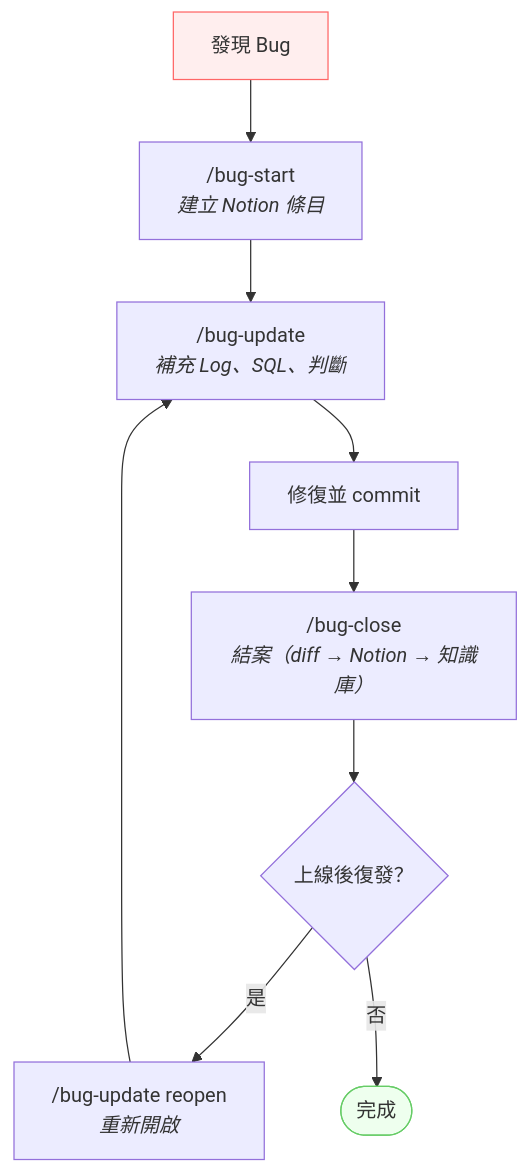
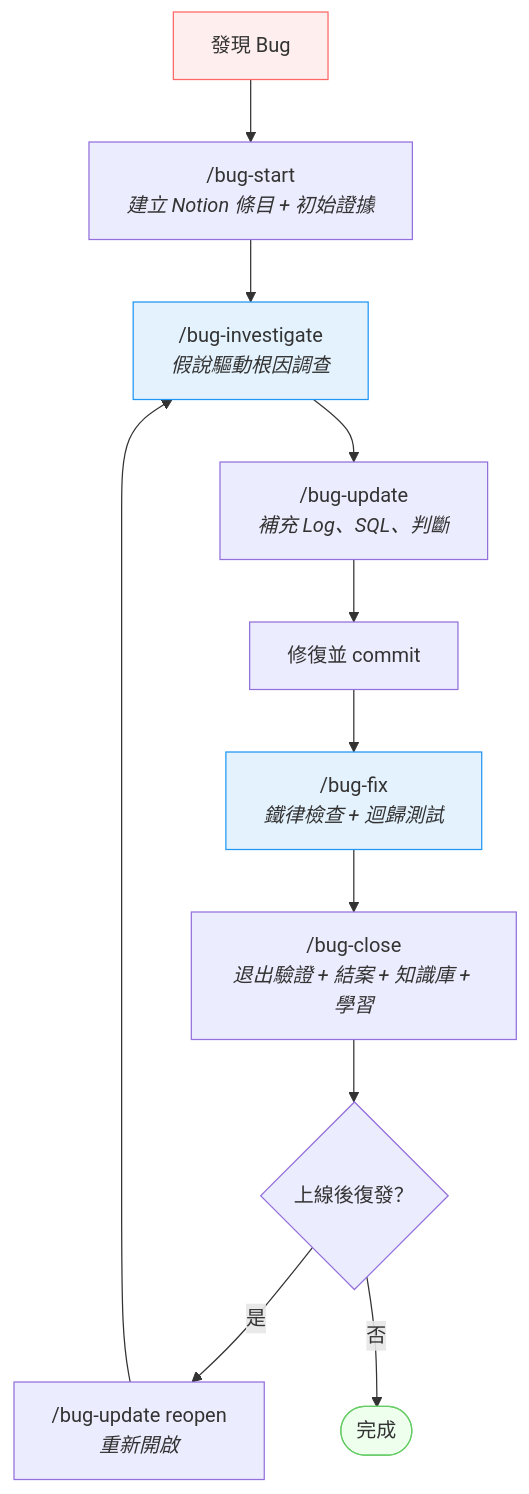
One commit to mark22013333/bug-workflow changed the diagram in plugins/bug-workflow/README.md. Above: the diagram before and after it, drawn with Mermaid. The commit also changed other lines of this file and 2 other files, not shown here.

````diff
--- a/plugins/bug-workflow/README.md
+++ b/plugins/bug-workflow/README.md
@@ -68,17 +71,21 @@
 ```mermaid
 flowchart TD
     discover["發現 Bug"]
-    start["/bug-start<br/><i>建立 Notion 條目</i>"]
+    start["/bug-start<br/><i>建立 Notion 條目 + 初始證據</i>"]
+    investigate["/bug-investigate<br/><i>假說驅動根因調查</i>"]
     update["/bug-update<br/><i>補充 Log、SQL、判斷</i>"]
+    bugfix["/bug-fix<br/><i>鐵律檢查 + 迴歸測試</i>"]
     fix["修復並 commit"]
-    close["/bug-close<br/><i>結案（diff → Notion → 知識庫）</i>"]
+    close["/bug-close<br/><i>退出驗證 + 結案 + 知識庫 + 學習</i>"]
     reopen{上線後復發？}
     reopenCmd["/bug-update reopen<br/><i>重新開啟</i>"]
 
-    discover --> start --> update --> fix --> close --> reopen
-    reopen -- "是" --> reopenCmd --> update
+    discover --> start --> investigate --> update --> fix --> bugfix --> close --> reopen
+    reopen -- "是" --> reopenCmd --> investigate
     reopen -- "否" --> done(["完成"])
 
     style discover fill:#fee,stroke:#f66
     style done fill:#efe,stroke:#6c6
+    style investigate fill:#e3f2fd,stroke:#2196f3
+    style bugfix fill:#e3f2fd,stroke:#2196f3
 ```
````
